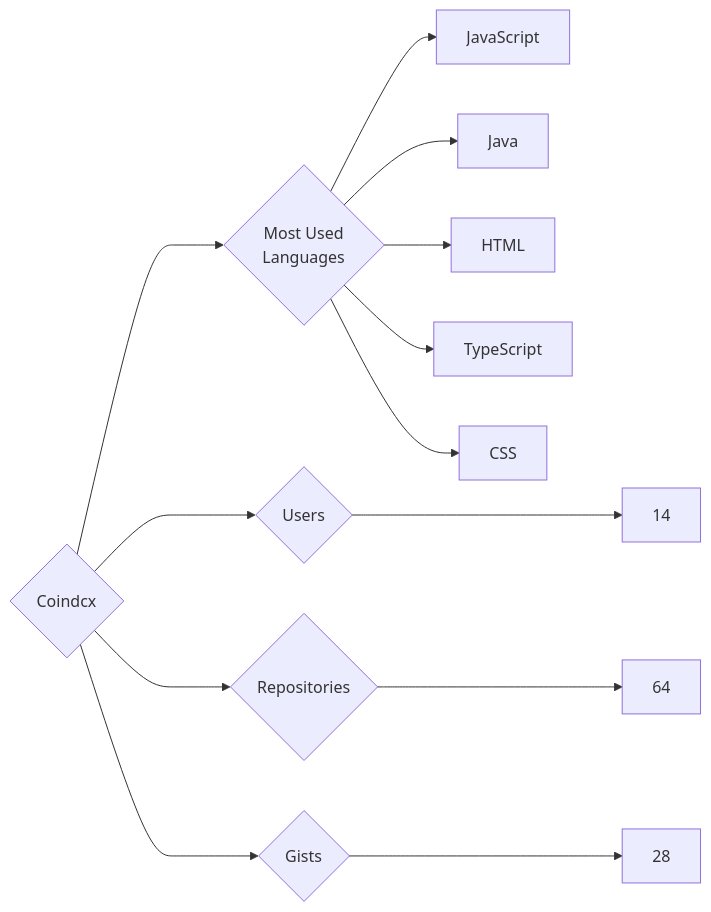
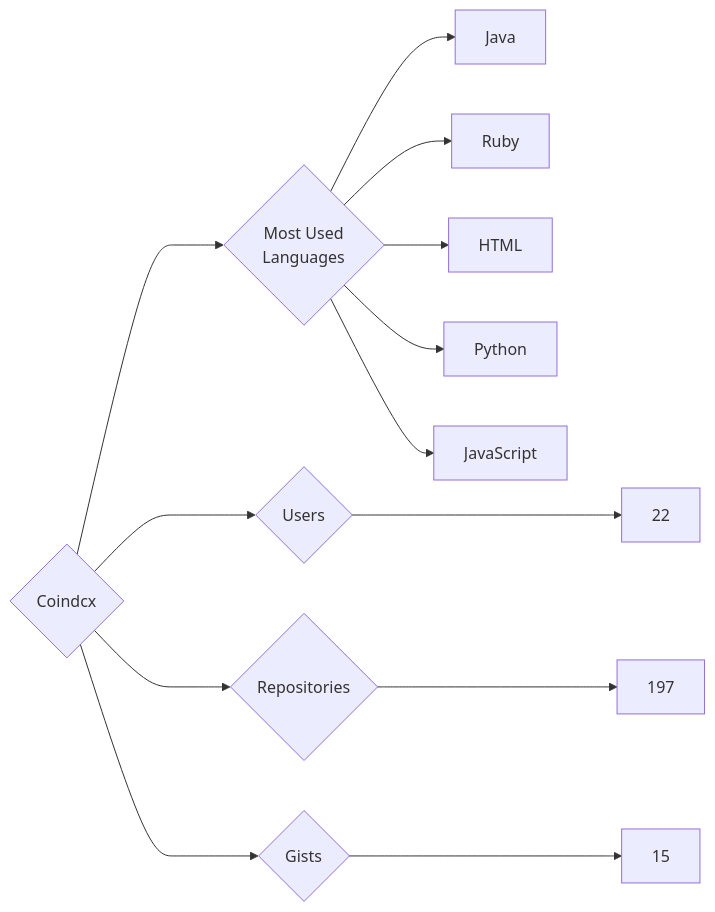
The diagram in targets/Coindcx/README.md (trickest/insiders), drawn with Mermaid before and after one commit. The commit also changed 895 other files, not shown here.

````diff
--- a/targets/Coindcx/README.md
+++ b/targets/Coindcx/README.md
@@ -3,13 +3,13 @@
 ```mermaid
 graph LR
 COMPANY_NAME{Coindcx}
-COMPANY_NAME ---> U{Users} ---> UN[14]
-COMPANY_NAME ---> R{Repositories} ---> RN[64]
-COMPANY_NAME ---> G{Gists} ---> GN[28]
+COMPANY_NAME ---> U{Users} ---> UN[22]
+COMPANY_NAME ---> R{Repositories} ---> RN[197]
+COMPANY_NAME ---> G{Gists} ---> GN[15]
 COMPANY_NAME ---> ML{Most Used<br>Languages}
+ML --> Java[Java]
+ML --> Ruby[Ruby]
+ML --> HTML[HTML]
+ML --> Python[Python]
 ML --> JavaScript[JavaScript]
-ML --> Java[Java]
-ML --> HTML[HTML]
-ML --> TypeScript[TypeScript]
-ML --> CSS[CSS]
 ```
````
